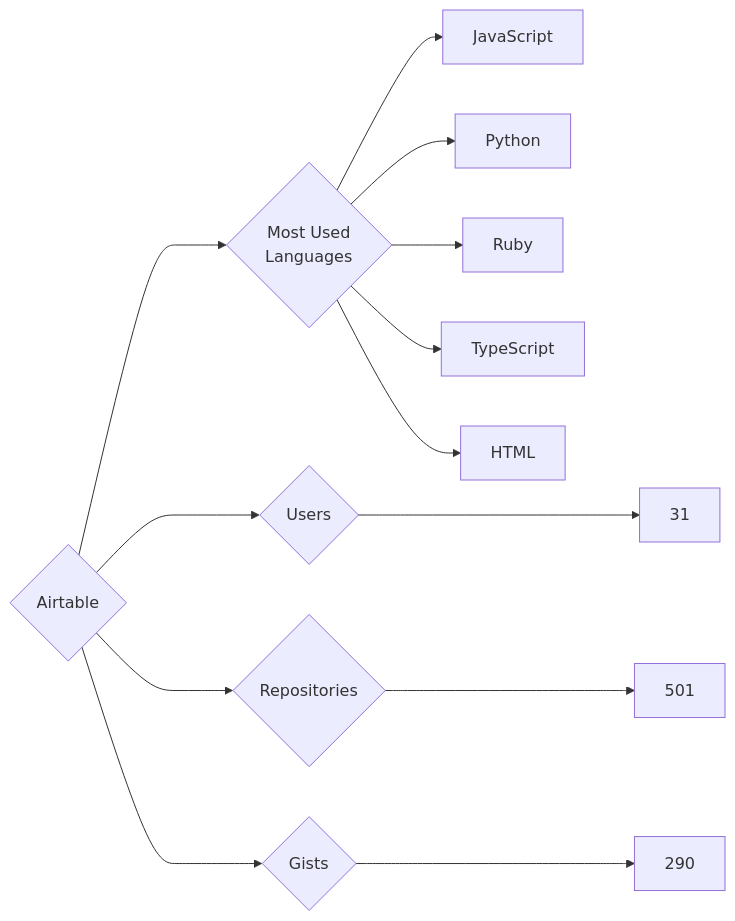
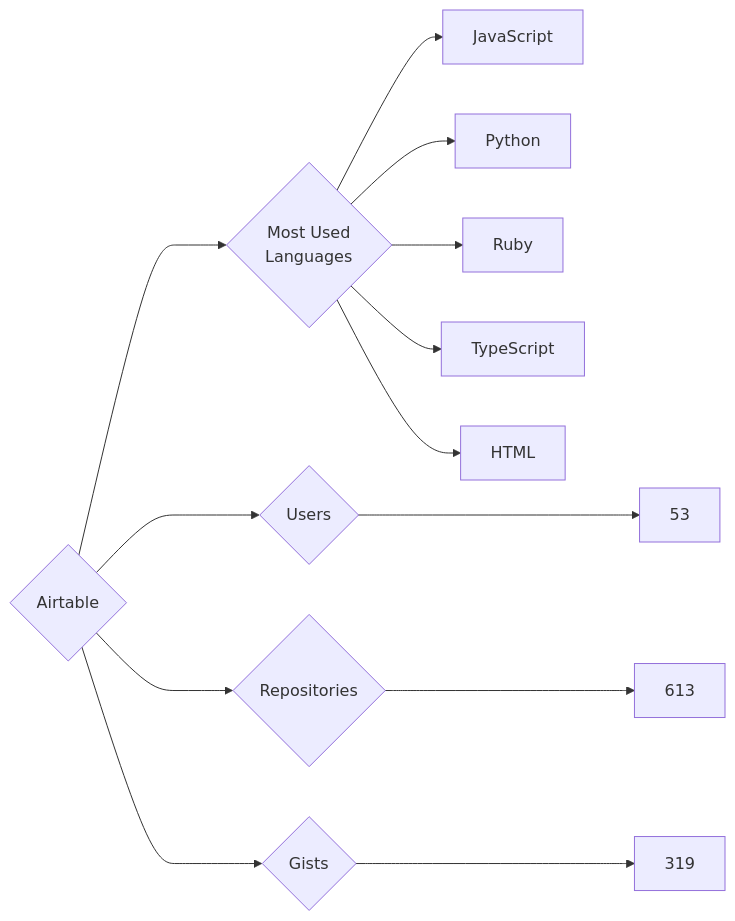
One commit to trickest/insiders changed the diagram in targets/Airtable/README.md. Above: the diagram before and after it, drawn with Mermaid. The commit also changed 895 other files, not shown here.

````diff
--- a/targets/Airtable/README.md
+++ b/targets/Airtable/README.md
@@ -3,13 +3,13 @@
 ```mermaid
 graph LR
 COMPANY_NAME{Airtable}
-COMPANY_NAME ---> U{Users} ---> UN[31]
-COMPANY_NAME ---> R{Repositories} ---> RN[501]
-COMPANY_NAME ---> G{Gists} ---> GN[290]
+COMPANY_NAME ---> U{Users} ---> UN[53]
+COMPANY_NAME ---> R{Repositories} ---> RN[613]
+COMPANY_NAME ---> G{Gists} ---> GN[319]
 COMPANY_NAME ---> ML{Most Used<br>Languages}
 ML --> JavaScript[JavaScript]
 ML --> Python[Python]
 ML --> Ruby[Ruby]
 ML --> TypeScript[TypeScript]
 ML --> HTML[HTML]
 ```
````
